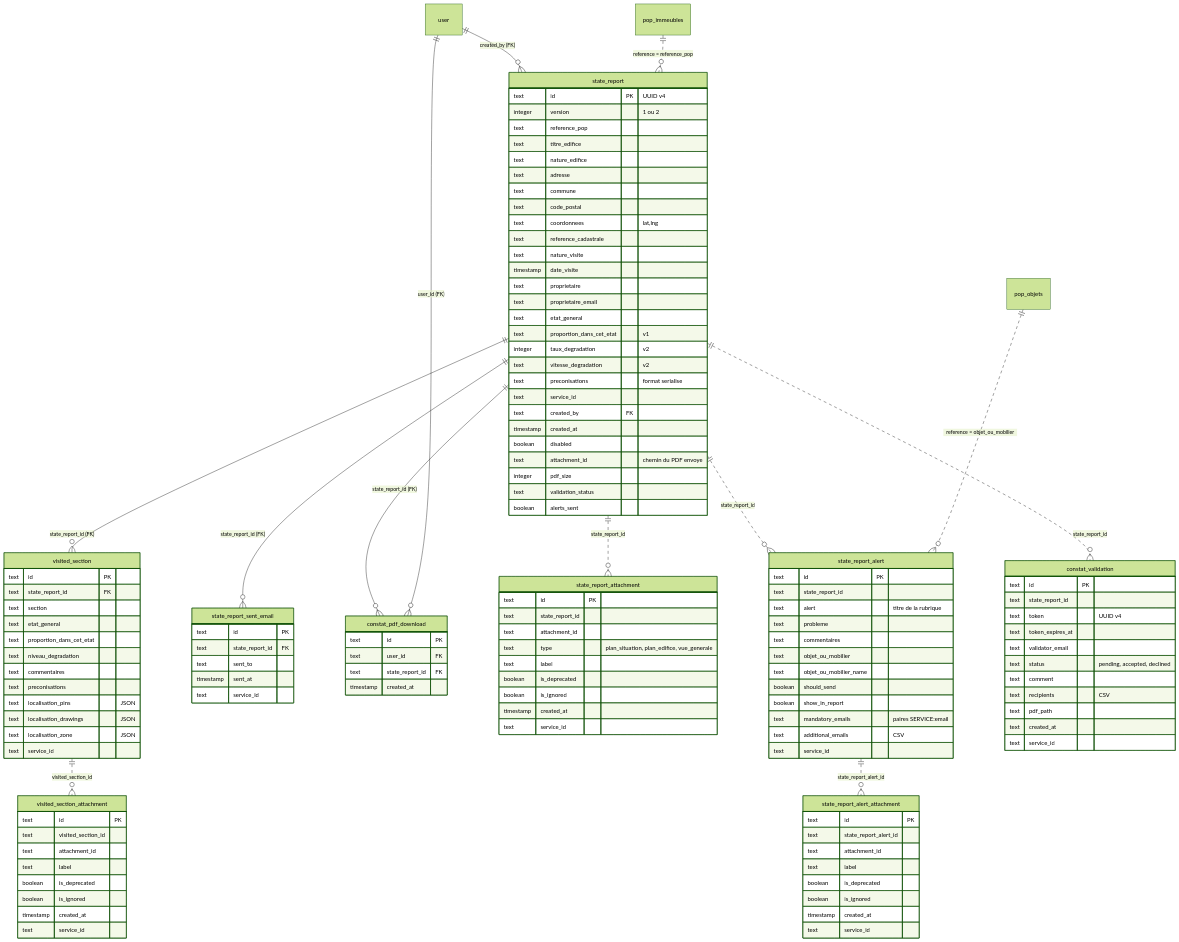
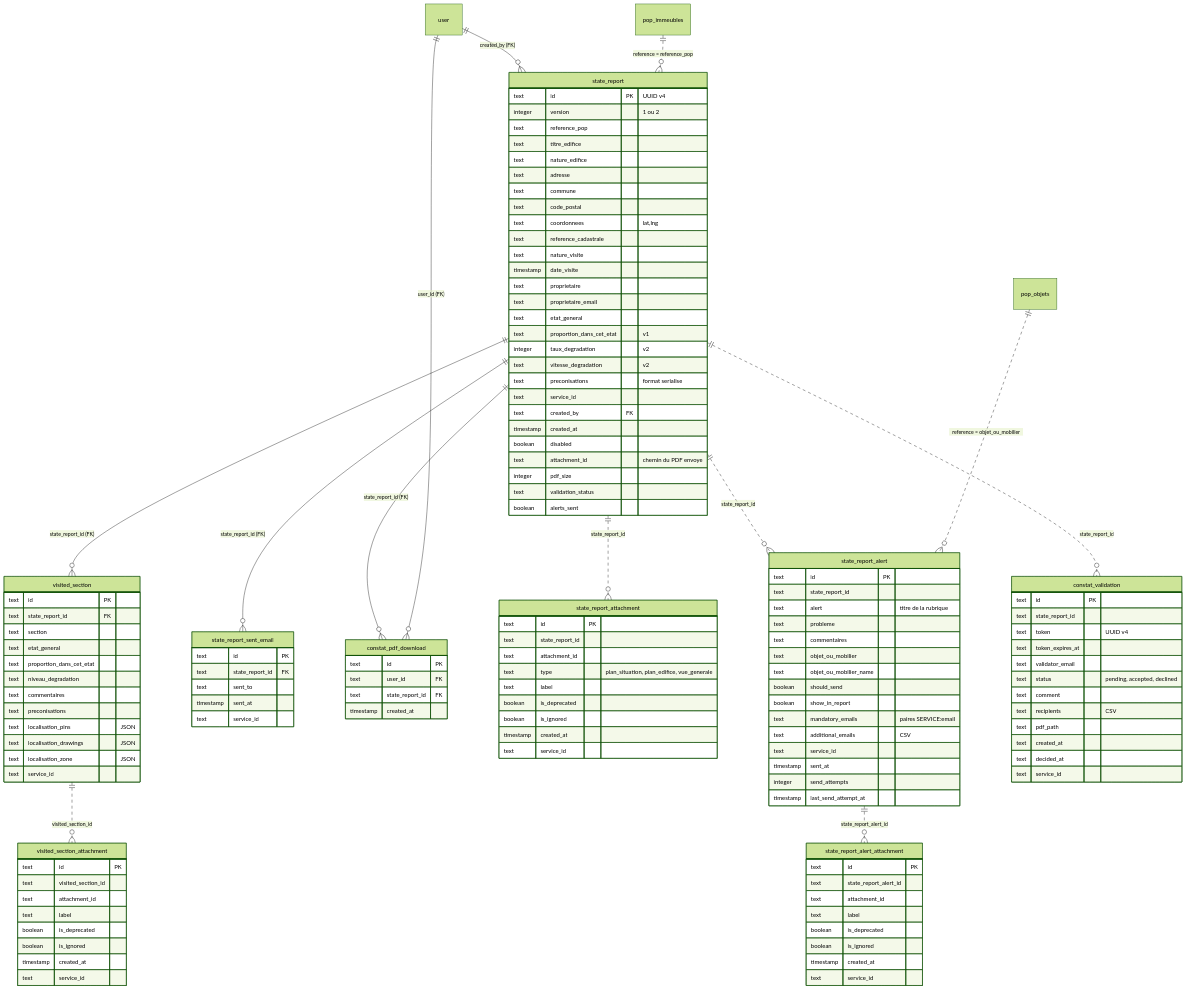
Before and after one commit to betagouv/patrinotes: the third of 4 diagrams in docs/06-modele-de-donnees.md, drawn with Mermaid (forest theme). The commit also changed other lines of this file and 18 other files, not shown here.

```diff
--- a/docs/06-modele-de-donnees.md
+++ b/docs/06-modele-de-donnees.md
@@ -288,6 +289,9 @@
         text mandatory_emails "paires SERVICE:email"
         text additional_emails "CSV"
         text service_id
+        timestamp sent_at
+        integer send_attempts
+        timestamp last_send_attempt_at
     }
     state_report_alert_attachment {
         text id PK
@@ -310,6 +314,7 @@
         text recipients "CSV"
         text pdf_path
         text created_at
+        text decided_at
         text service_id
     }
     state_report_sent_email {
```
